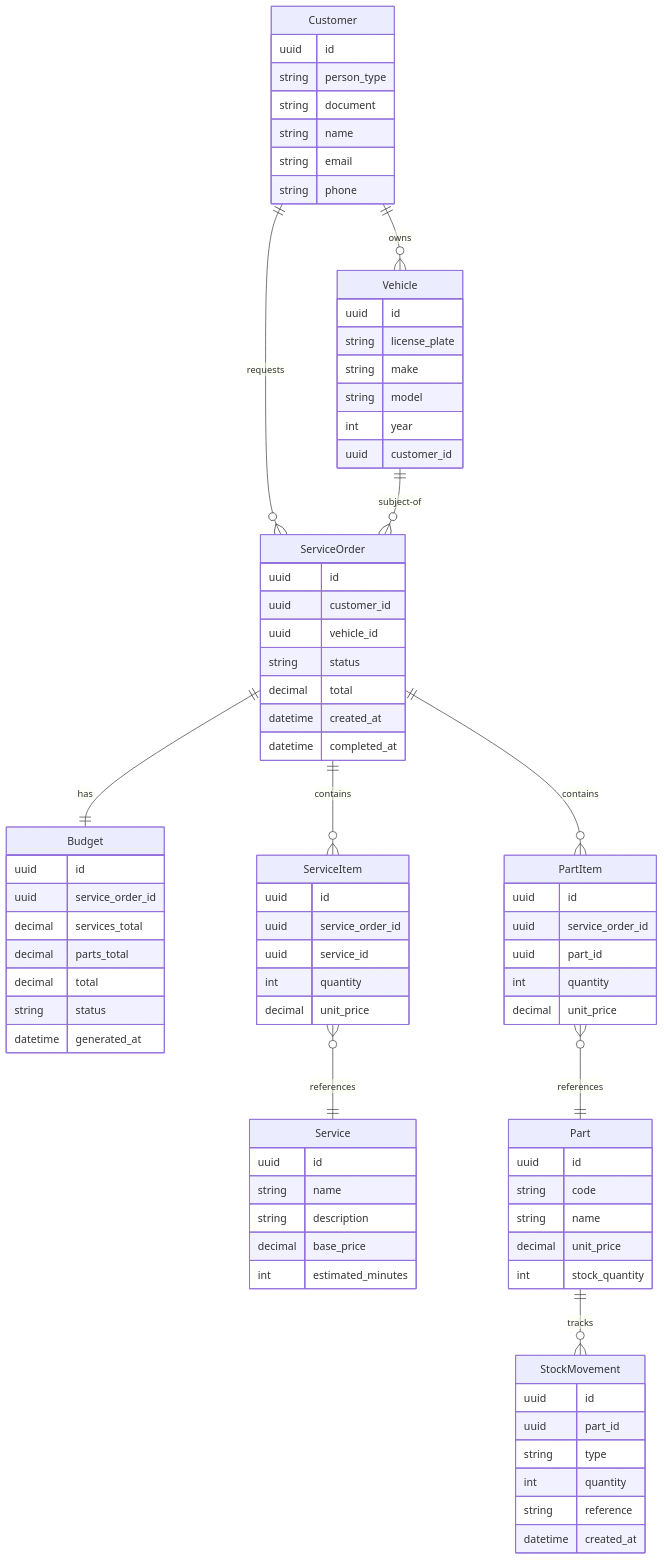
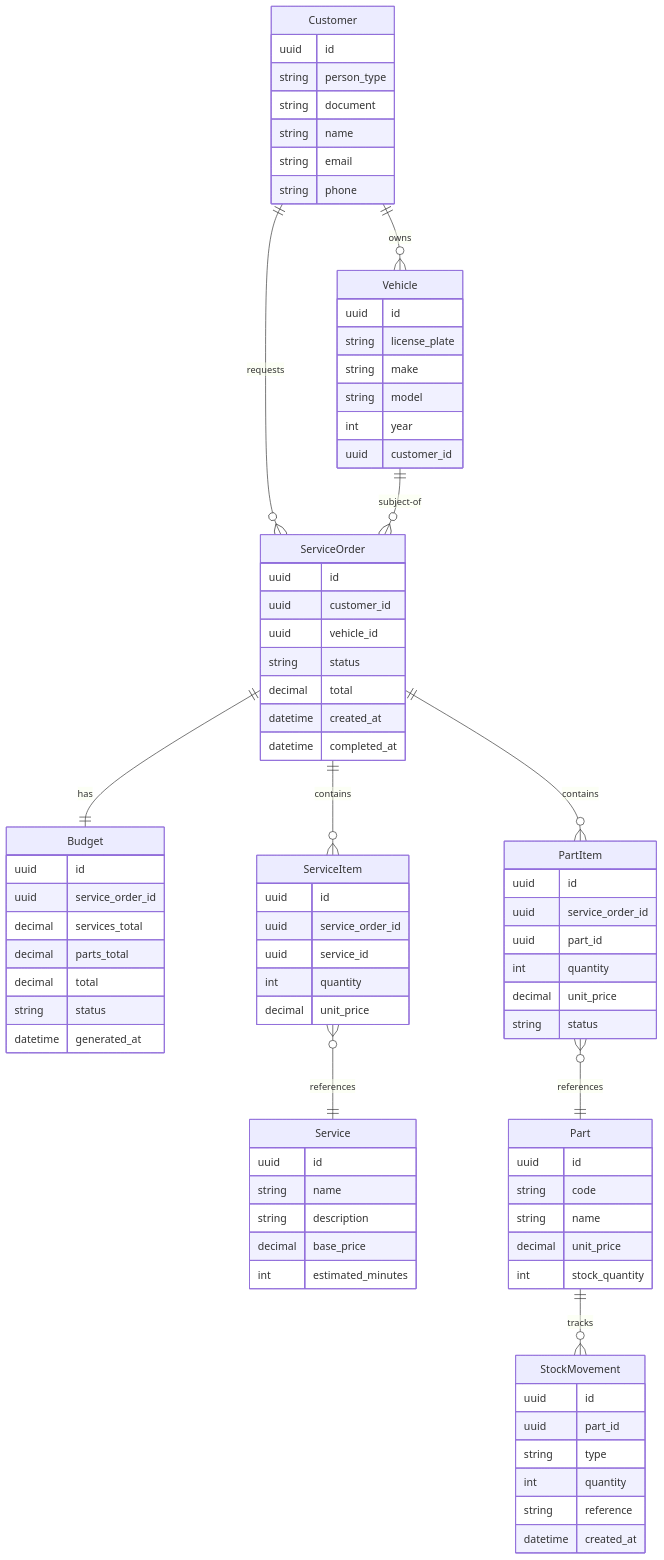
The diagram in docs/domain/aggregates-and-entities.md (rnataoliveira/mechanics-software), drawn with Mermaid before and after one commit. The commit also changed other lines of this file and 3 other files, not shown here.

```diff
--- a/docs/domain/aggregates-and-entities.md
+++ b/docs/domain/aggregates-and-entities.md
@@ -65,6 +65,7 @@
         uuid part_id
         int quantity
         decimal unit_price
+        string status
     }
     StockMovement {
         uuid id
```
